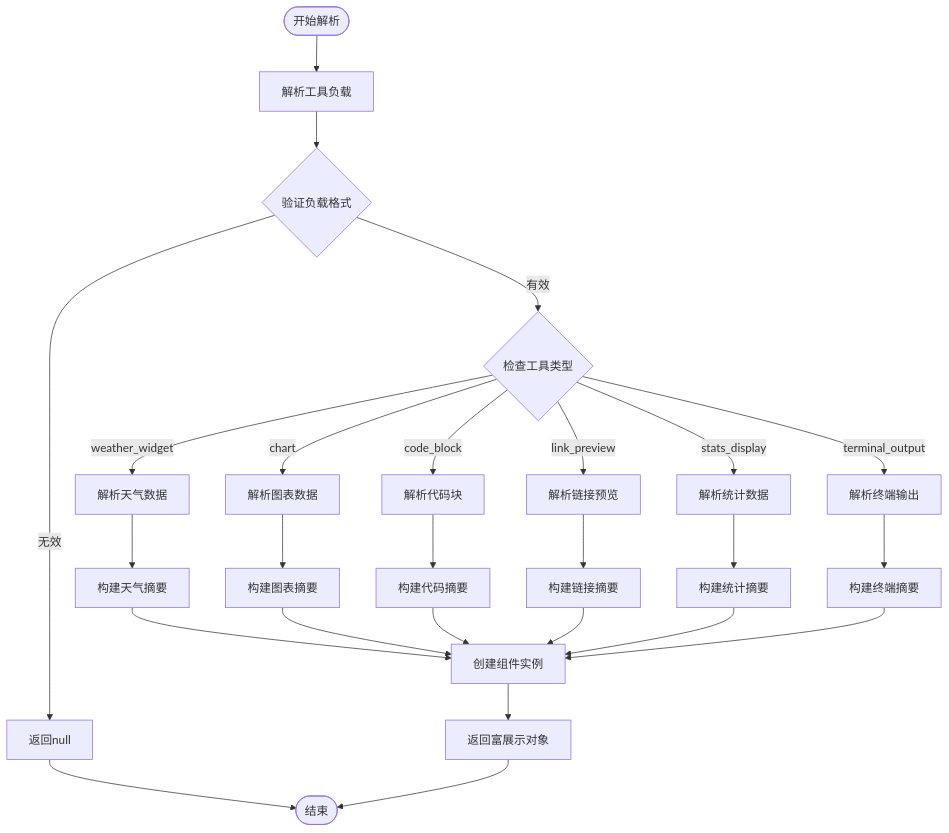
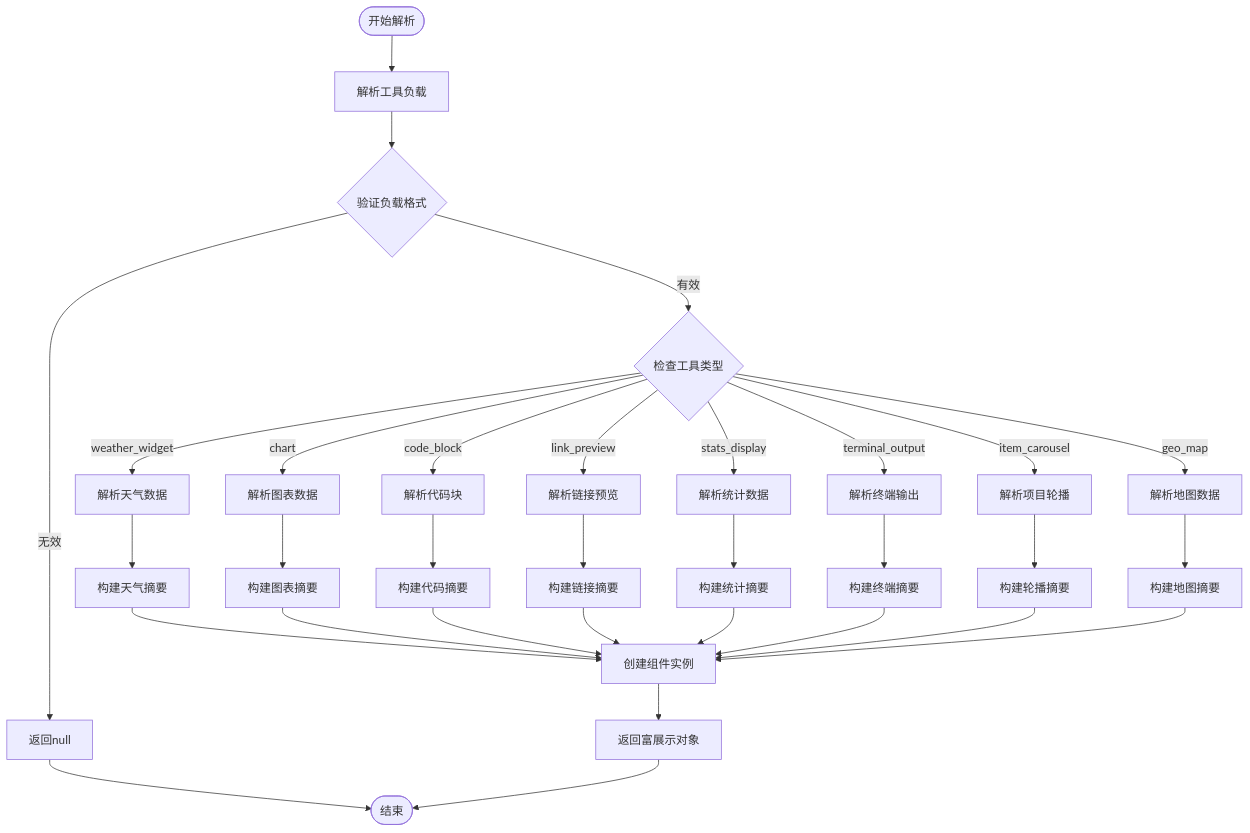
One commit to verse-ai-org/openclaw changed the fifth of 19 diagrams in .qoder/repowiki/zh/content/Web界面/UI组件系统/工具UI组件/富工具UI基础设施.md. Above: the diagram before and after it, drawn with Mermaid. The commit also changed other lines of this file and 11 other files, not shown here.

````diff
--- a/.qoder/repowiki/zh/content/Web界面/UI组件系统/工具UI组件/富工具UI基础设施.md
+++ b/.qoder/repowiki/zh/content/Web界面/UI组件系统/工具UI组件/富工具UI基础设施.md
@@ -274,28 +311,34 @@
 ```mermaid
 flowchart TD
 Start([开始解析]) --> ParsePayload[解析工具负载]
 ParsePayload --> ValidatePayload{验证负载格式}
 ValidatePayload --> |有效| CheckToolType{检查工具类型}
 ValidatePayload --> |无效| ReturnNull[返回null]
 CheckToolType --> |weather_widget| ParseWeather[解析天气数据]
 CheckToolType --> |chart| ParseChart[解析图表数据]
 CheckToolType --> |code_block| ParseCodeBlock[解析代码块]
 CheckToolType --> |link_preview| ParseLinkPreview[解析链接预览]
 CheckToolType --> |stats_display| ParseStats[解析统计数据]
 CheckToolType --> |terminal_output| ParseTerminal[解析终端输出]
+CheckToolType --> |item_carousel| ParseItemCarousel[解析项目轮播]
+CheckToolType --> |geo_map| ParseGeoMap[解析地图数据]
 ParseWeather --> BuildWeatherSummary[构建天气摘要]
 ParseChart --> BuildChartSummary[构建图表摘要]
 ParseCodeBlock --> BuildCodeSummary[构建代码摘要]
 ParseLinkPreview --> BuildLinkSummary[构建链接摘要]
 ParseStats --> BuildStatsSummary[构建统计摘要]
 ParseTerminal --> BuildTerminalSummary[构建终端摘要]
+ParseItemCarousel --> BuildItemCarouselSummary[构建轮播摘要]
+ParseGeoMap --> BuildGeoMapSummary[构建地图摘要]
 BuildWeatherSummary --> CreateComponent[创建组件实例]
 BuildChartSummary --> CreateComponent
 BuildCodeSummary --> CreateComponent
 BuildLinkSummary --> CreateComponent
 BuildStatsSummary --> CreateComponent
 BuildTerminalSummary --> CreateComponent
+BuildItemCarouselSummary --> CreateComponent
+BuildGeoMapSummary --> CreateComponent
 CreateComponent --> ReturnRichPresentation[返回富展示对象]
 ReturnNull --> End([结束])
 ReturnRichPresentation --> End
 ```
````
